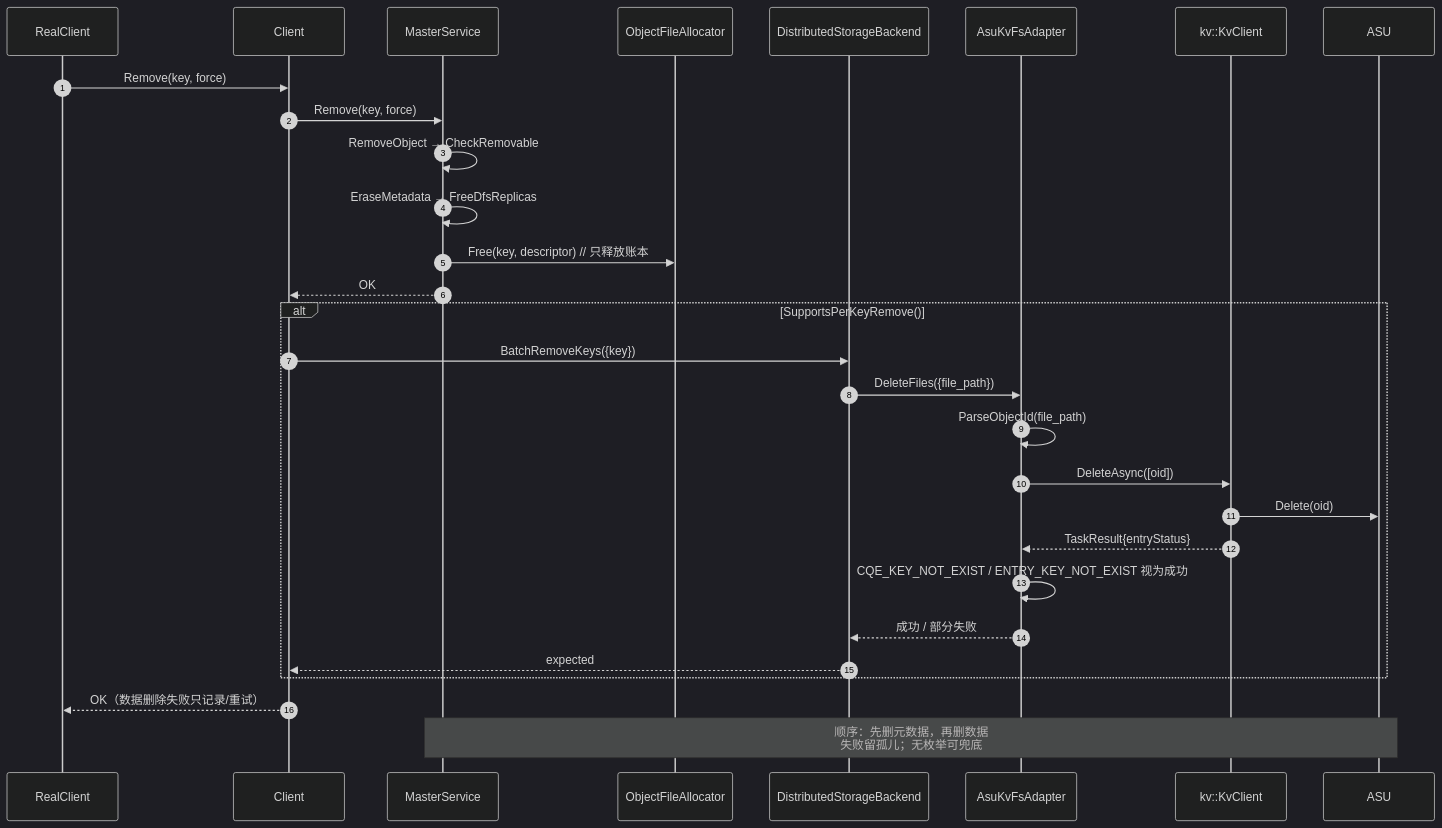
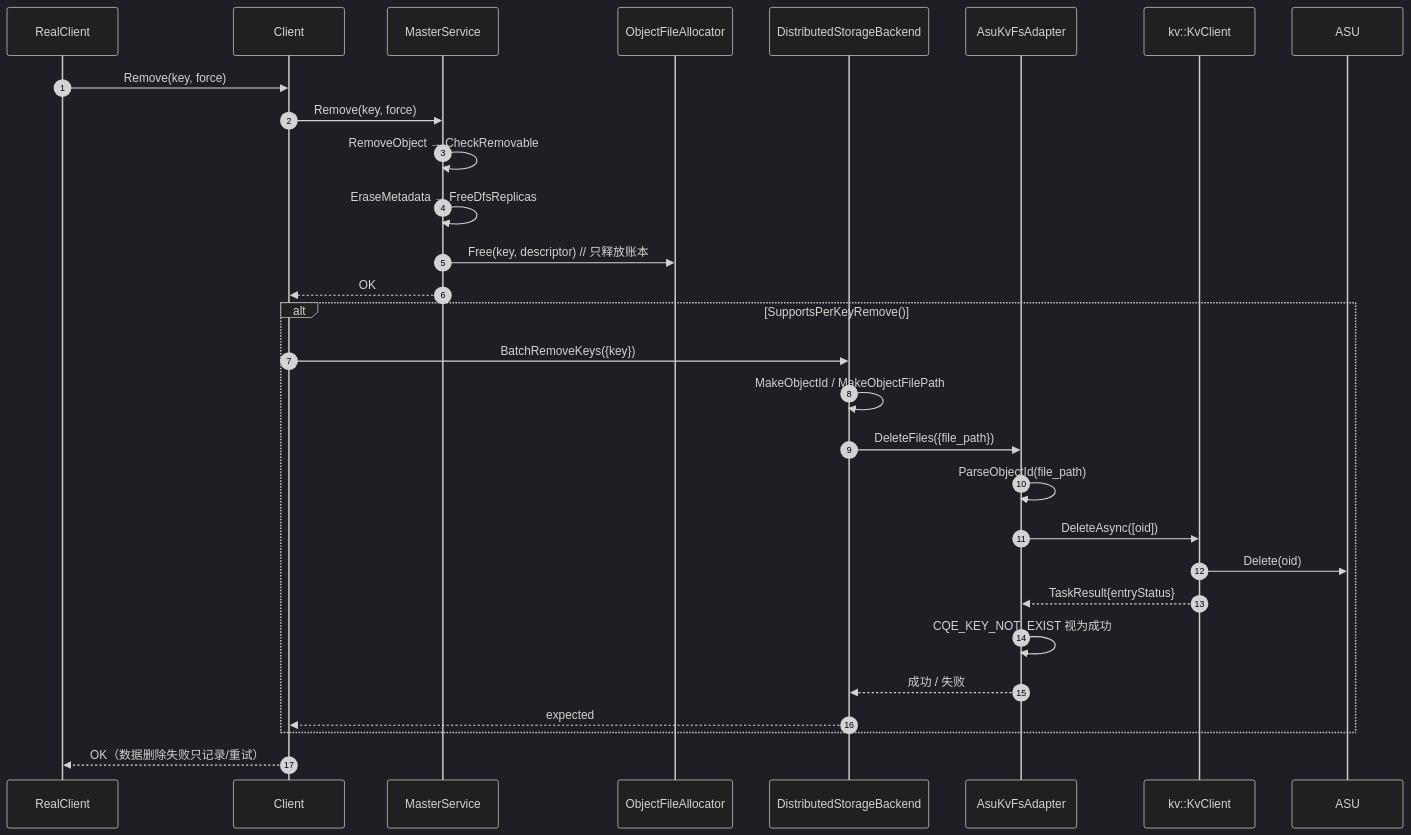
One commit to zwj20000328-dotcom/Mooncake-documents changed the eighth of 10 diagrams in asu-dfs-per-object-file-design.md. Above: the diagram before and after it, drawn with Mermaid (dark theme). The commit also changed other lines of this file, not shown here.

Commit message:
modified:   asu-dfs-per-object-file-design.md

````diff
--- a/asu-dfs-per-object-file-design.md
+++ b/asu-dfs-per-object-file-design.md
@@ -694,34 +454,32 @@
 ```mermaid
 sequenceDiagram
     autonumber
     participant RC as RealClient
     participant C as Client
     participant MS as MasterService
     participant OA as ObjectFileAllocator
     participant BE as DistributedStorageBackend
     participant AD as AsuKvFsAdapter
     participant KC as kv::KvClient
     participant ASU as ASU
 
     RC->>C: Remove(key, force)
     C->>MS: Remove(key, force)
     MS->>MS: RemoveObject → CheckRemovable
     MS->>MS: EraseMetadata → FreeDfsReplicas
     MS->>OA: Free(key, descriptor)  // 只释放账本
     MS-->>C: OK
-
     alt SupportsPerKeyRemove()
         C->>BE: BatchRemoveKeys({key})
+        BE->>BE: MakeObjectId / MakeObjectFilePath
         BE->>AD: DeleteFiles({file_path})
         AD->>AD: ParseObjectId(file_path)
         AD->>KC: DeleteAsync([oid])
         KC->>ASU: Delete(oid)
         KC-->>AD: TaskResult{entryStatus}
-        AD->>AD: CQE_KEY_NOT_EXIST / ENTRY_KEY_NOT_EXIST 视为成功
-        AD-->>BE: 成功 / 部分失败
+        AD->>AD: CQE_KEY_NOT_EXIST 视为成功
+        AD-->>BE: 成功 / 失败
         BE-->>C: expected
     end
-
     C-->>RC: OK（数据删除失败只记录/重试）
-    Note over MS,ASU: 顺序：先删元数据，再删数据<br/>失败留孤儿；无枚举可兜底
 ```
````
